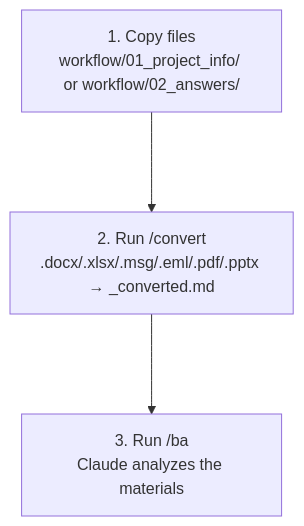
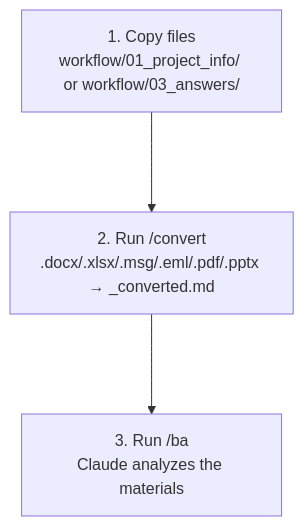
One commit to exphoenee/ba-team-docs changed the diagram in .claude/skills/convert/README.en.md. Above: the diagram before and after it, drawn with Mermaid. The commit also changed other lines of this file and 35 other files, not shown here.

````diff
--- a/.claude/skills/convert/README.en.md
+++ b/.claude/skills/convert/README.en.md
@@ -99,6 +99,6 @@
 ```mermaid
 %%{init: {'flowchart': { 'nodeSpacing': 50, 'rankSpacing': 100 } }}%%
 flowchart TD
-    A["1. Copy files\nworkflow/01_project_info/ or workflow/02_answers/"] --> B["2. Run /convert\n.docx/.xlsx/.msg/.eml/.pdf/.pptx → _converted.md"]
+    A["1. Copy files\nworkflow/01_project_info/ or workflow/03_answers/"] --> B["2. Run /convert\n.docx/.xlsx/.msg/.eml/.pdf/.pptx → _converted.md"]
     B --> C["3. Run /ba\nClaude analyzes the materials"]
 ```
````
